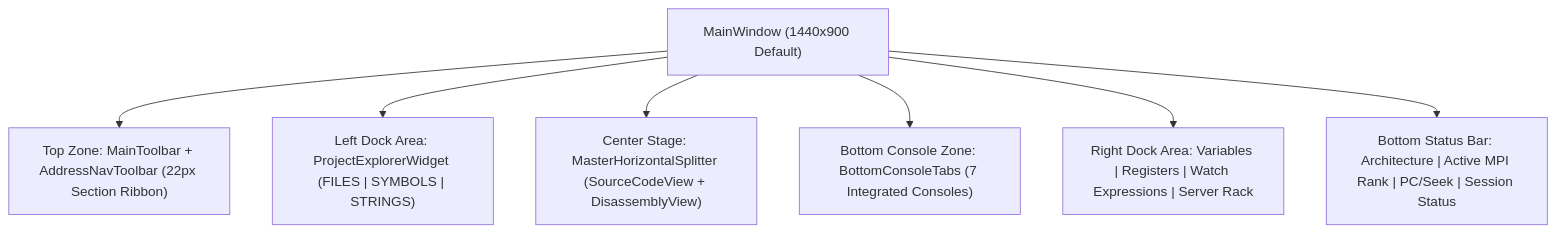
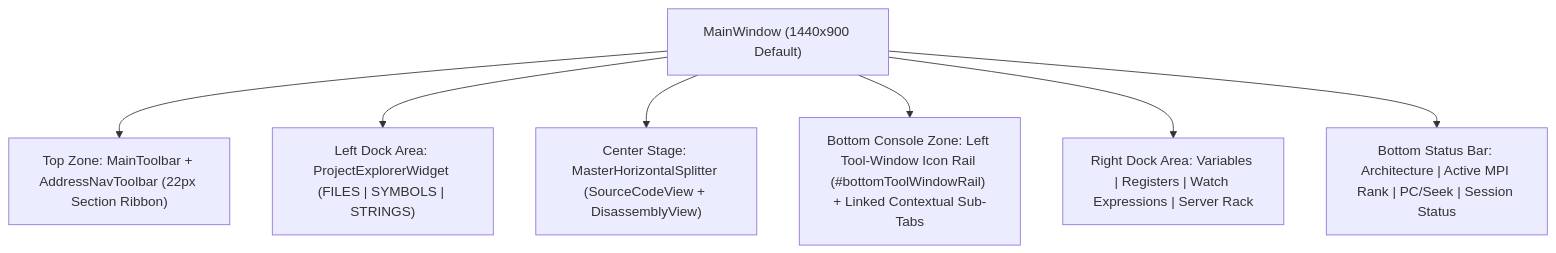
The diagram in docs/ARCHITECTURE.md (bnorthern42/GridLock), drawn with Mermaid before and after one commit. The commit also changed other lines of this file and 27 other files, not shown here.

Commit message:
docs(screenshots,guide): regenerate all workstation and theme screenshots and document breakpoint popover, tool rail, and MPI package search

````diff
--- a/docs/ARCHITECTURE.md
+++ b/docs/ARCHITECTURE.md
@@ -7,17 +7,17 @@
 ```mermaid
 flowchart TD
     MW["MainWindow (1440x900 Default)"]
     TB["Top Zone: MainToolbar + AddressNavToolbar (22px Section Ribbon)"]
     LEFT["Left Dock Area: ProjectExplorerWidget (FILES | SYMBOLS | STRINGS)"]
     CENTER["Center Stage: MasterHorizontalSplitter (SourceCodeView + DisassemblyView)"]
-    BOTTOM["Bottom Console Zone: BottomConsoleTabs (7 Integrated Consoles)"]
+    BOTTOM["Bottom Console Zone: Left Tool-Window Icon Rail (#bottomToolWindowRail) + Linked Contextual Sub-Tabs"]
     RIGHT["Right Dock Area: Variables | Registers | Watch Expressions | Server Rack"]
     STATUS["Bottom Status Bar: Architecture | Active MPI Rank | PC/Seek | Session Status"]
 
     MW --> TB
     MW --> LEFT
     MW --> CENTER
     MW --> BOTTOM
     MW --> RIGHT
     MW --> STATUS
 ```
````
